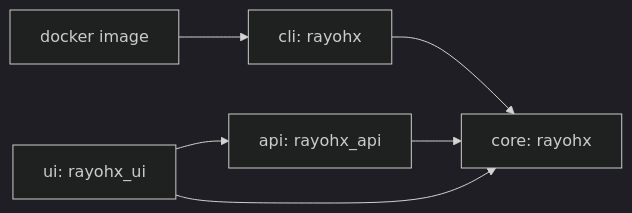
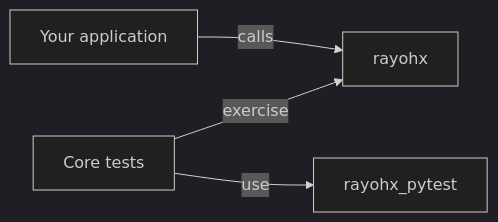
One commit to coldsofttech/RayoHX changed the diagram in docs/architecture.md. Above: the diagram before and after it, drawn with Mermaid (dark theme). The commit also changed other lines of this file and 391 other files, not shown here.

First line of the commit message:
chore: limit the repository to the core library and the pytest plugin (#30)

````diff
--- a/docs/architecture.md
+++ b/docs/architecture.md
@@ -7,8 +20,6 @@
 ```mermaid
 flowchart LR
-    C[cli: rayohx] --> L[core: rayohx]
-    A[api: rayohx_api] --> L
-    U[ui: rayohx_ui] --> A
-    U --> L
-    D[docker image] --> C
+    App[Your application] -->|calls| L[rayohx]
+    T[Core tests] -->|use| P[rayohx_pytest]
+    T -->|exercise| L
 ```
````
